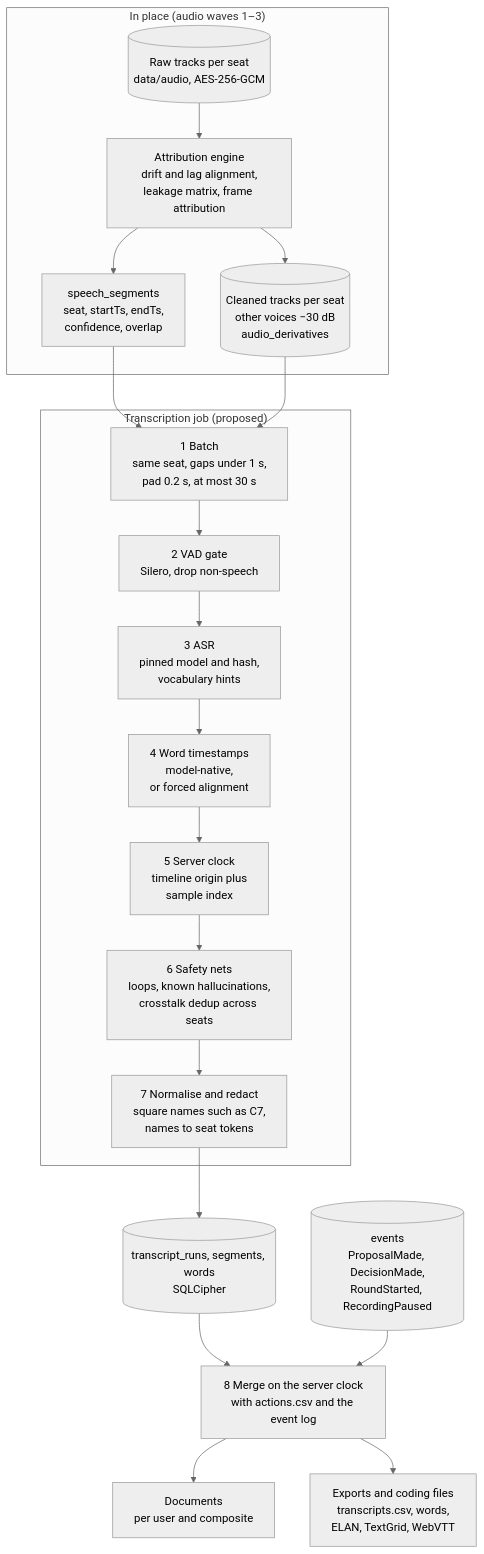
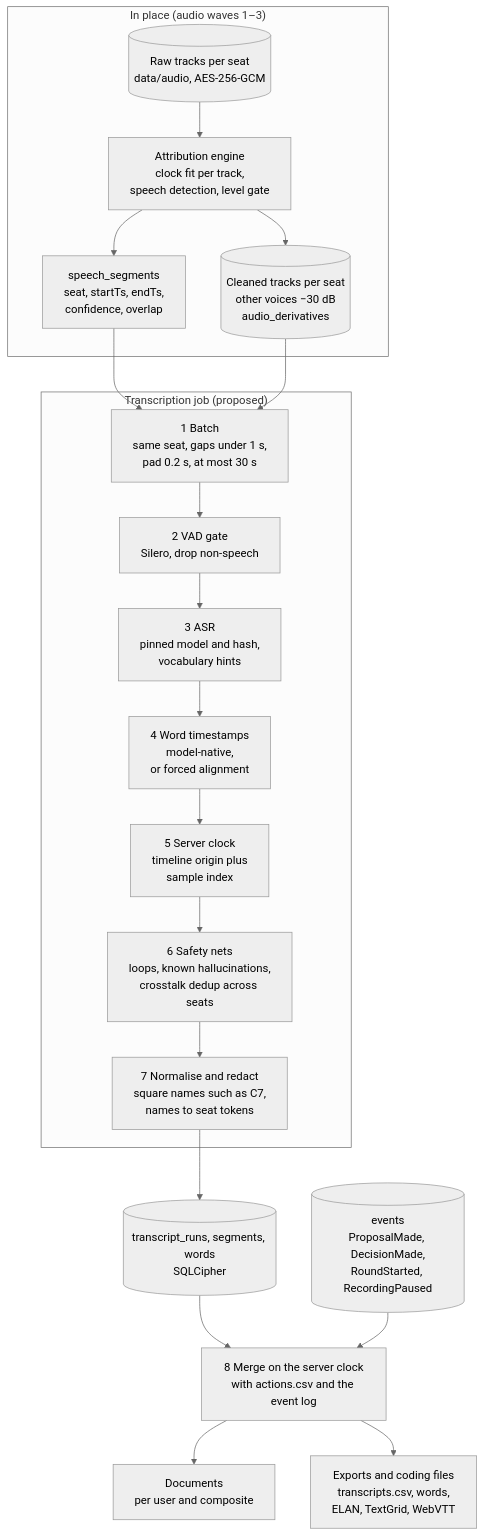
Before and after one commit to xy-zak/WhoKnowsWhoActs: the first of 3 diagrams in docs/AUDIO-TRANSCRIPTION.md, drawn with Mermaid (neutral theme). The commit also changed other lines of this file and 16 other files, not shown here.

First line of the commit message:
Docs: headset gate engine, speech model, storage fixes

````diff
--- a/docs/AUDIO-TRANSCRIPTION.md
+++ b/docs/AUDIO-TRANSCRIPTION.md
@@ -236,30 +236,30 @@
 ```mermaid
 flowchart TB
   subgraph BUILT["In place (audio waves 1–3)"]
     RAW[("Raw tracks per seat<br/>data/audio, AES-256-GCM")]
-    ATT["Attribution engine<br/>drift and lag alignment,<br/>leakage matrix, frame attribution"]
+    ATT["Attribution engine<br/>clock fit per track,<br/>speech detection, level gate"]
     SEG["speech_segments<br/>seat, startTs, endTs,<br/>confidence, overlap"]
     CLEAN[("Cleaned tracks per seat<br/>other voices −30 dB<br/>audio_derivatives")]
     RAW --> ATT
     ATT --> SEG
     ATT --> CLEAN
   end
   subgraph JOB["Transcription job (proposed)"]
     BAT["1 Batch<br/>same seat, gaps under 1 s,<br/>pad 0.2 s, at most 30 s"]
     VAD["2 VAD gate<br/>Silero, drop non-speech"]
     ASR["3 ASR<br/>pinned model and hash,<br/>vocabulary hints"]
     ALN["4 Word timestamps<br/>model-native,<br/>or forced alignment"]
     CLK["5 Server clock<br/>timeline origin plus<br/>sample index"]
     FIL["6 Safety nets<br/>loops, known hallucinations,<br/>crosstalk dedup across seats"]
     NRM["7 Normalise and redact<br/>square names such as C7,<br/>names to seat tokens"]
     BAT --> VAD --> ASR --> ALN --> CLK --> FIL --> NRM
   end
   SEG --> BAT
   CLEAN --> BAT
   NRM --> TDB[("transcript_runs, segments, words<br/>SQLCipher")]
   EV[("events<br/>ProposalMade, DecisionMade,<br/>RoundStarted, RecordingPaused")]
   TDB --> MERGE["8 Merge on the server clock<br/>with actions.csv and the event log"]
   EV --> MERGE
   MERGE --> DOCS["Documents<br/>per user and composite"]
   MERGE --> EXP["Exports and coding files<br/>transcripts.csv, words,<br/>ELAN, TextGrid, WebVTT"]
 ```
````
